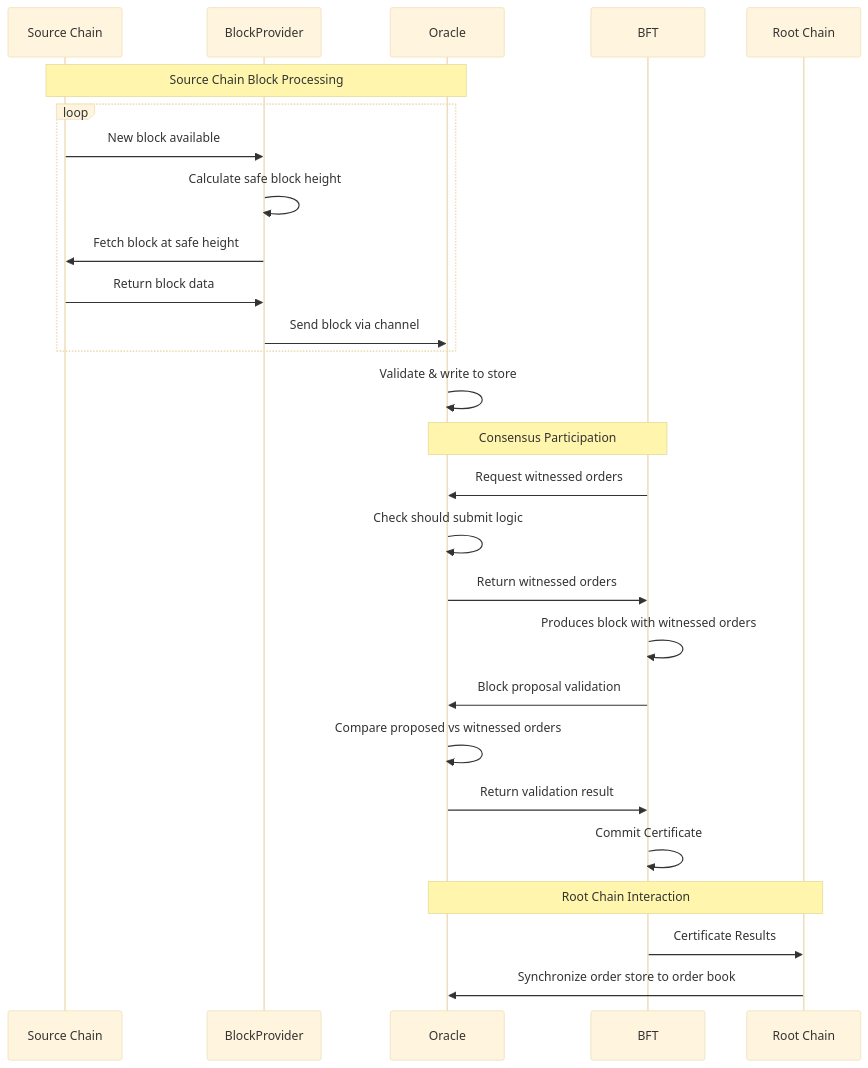
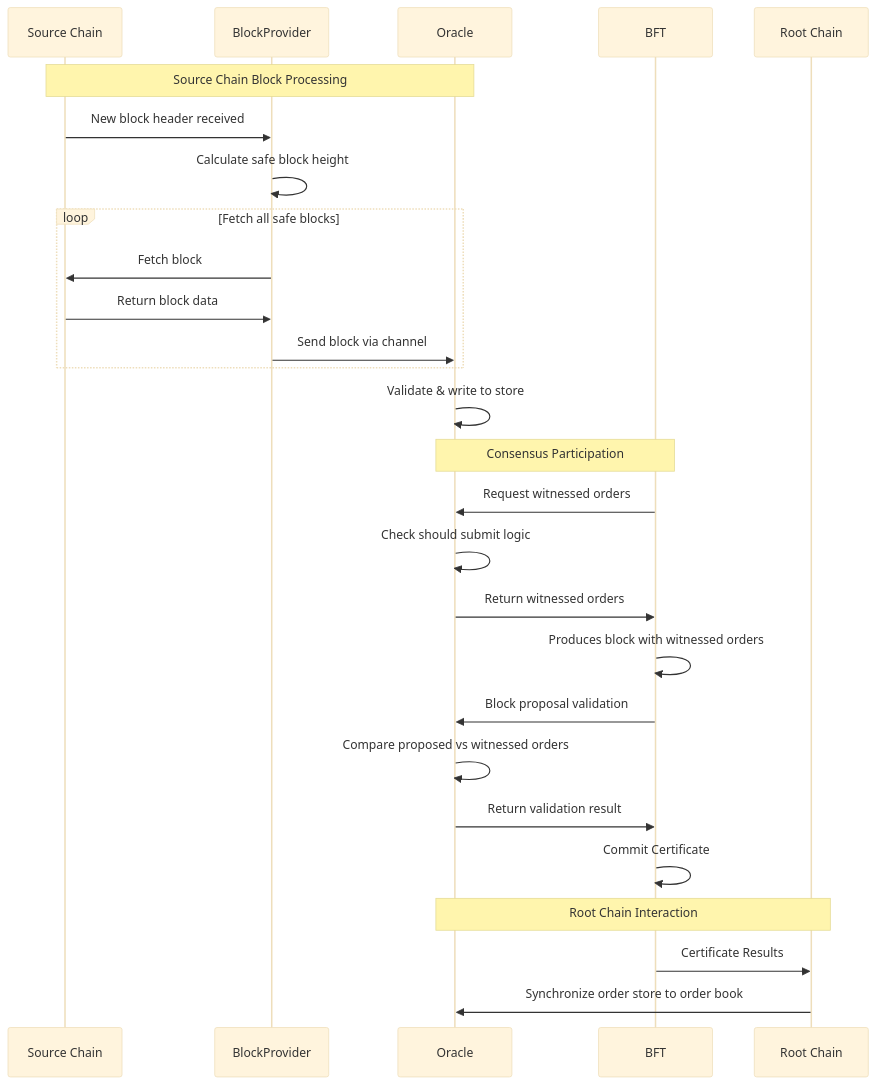
Before and after one commit to canopy-network/canopy: the diagram in cmd/rpc/oracle/ORACLE_FLOW.md, drawn with Mermaid (base theme).

````diff
--- a/cmd/rpc/oracle/ORACLE_FLOW.md
+++ b/cmd/rpc/oracle/ORACLE_FLOW.md
@@ -11,39 +11,39 @@
 ```mermaid
 sequenceDiagram
     participant SC as Source Chain
     participant BP as BlockProvider
     participant O as Oracle
     participant BFT as BFT
     participant RC as Root Chain
 
+    %% Block retrieval and processing
     Note over SC,O: Source Chain Block Processing
-    %% Block retrieval and processing
-loop
-    SC->>BP: New block available
+    SC->>BP: New block header received
     BP->>BP: Calculate safe block height
-    BP->>SC: Fetch block at safe height
+loop Fetch all safe blocks
+    BP->>SC: Fetch block
     SC->>BP: Return block data
     BP->>O: Send block via channel
 end
     
     %% Oracle block processing
     O->>O: Validate & write to store
     
     Note over BFT,O: Consensus Participation
     %% BFT consensus integration
     BFT->>O: Request witnessed orders
     O->>O: Check should submit logic
     O->>BFT: Return witnessed orders
     BFT->>BFT: Produces block with witnessed orders
     
     %% Block proposal validation
     BFT->>O: Block proposal validation
     O->>O: Compare proposed vs witnessed orders
     O->>BFT: Return validation result
     BFT->>BFT: Commit Certificate
     
     Note over O,RC: Root Chain Interaction
     %% Root Chain interaction
     BFT->>RC: Certificate Results
     RC->>O: Synchronize order store to order book
 ```
````
